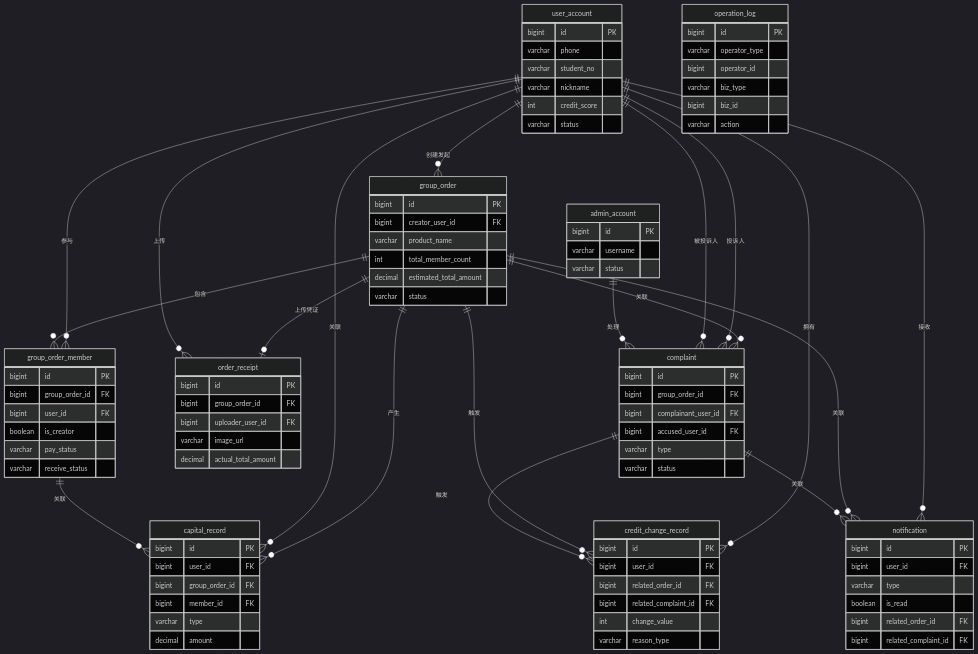
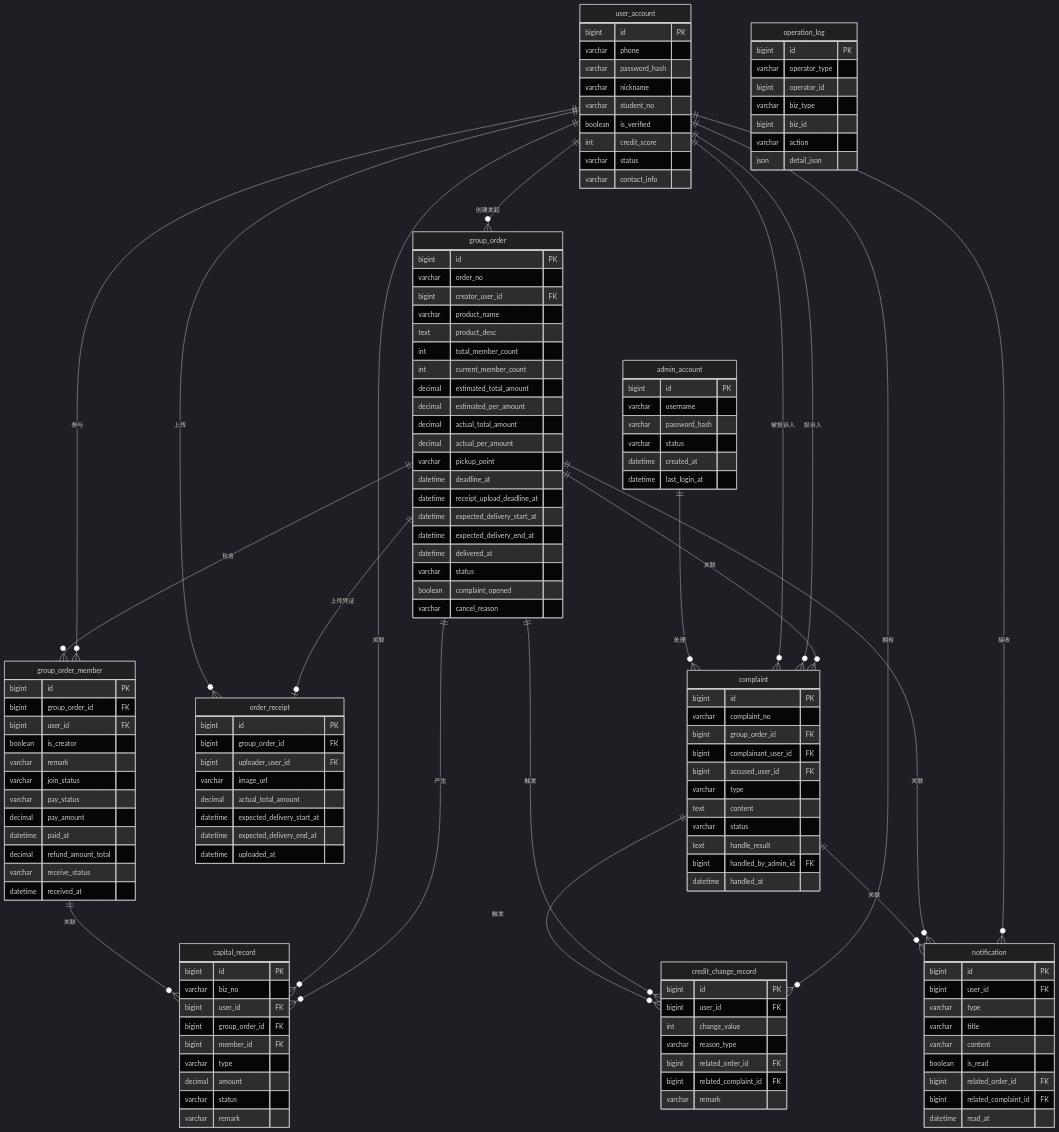
Before and after one commit to Gravity-2333/CampusShareOrder: the diagram in docs/2.数据库ER图.md, drawn with Mermaid (dark theme).

Commit message:
fix: 根据backend.sql实际数据库设计更新ER图字段

```diff
--- a/docs/2.数据库ER图.md
+++ b/docs/2.数据库ER图.md
@@ -3,25 +3,45 @@
     user_account {
         bigint id PK
         varchar phone
+        varchar password_hash
+        varchar nickname
         varchar student_no
-        varchar nickname
+        boolean is_verified
         int credit_score
         varchar status
+        varchar contact_info
     }
 
     admin_account {
         bigint id PK
         varchar username
+        varchar password_hash
         varchar status
+        datetime created_at
+        datetime last_login_at
     }
 
     group_order {
         bigint id PK
+        varchar order_no
         bigint creator_user_id FK
         varchar product_name
+        text product_desc
         int total_member_count
+        int current_member_count
         decimal estimated_total_amount
+        decimal estimated_per_amount
+        decimal actual_total_amount
+        decimal actual_per_amount
+        varchar pickup_point
+        datetime deadline_at
+        datetime receipt_upload_deadline_at
+        datetime expected_delivery_start_at
+        datetime expected_delivery_end_at
+        datetime delivered_at
         varchar status
+        boolean complaint_opened
+        varchar cancel_reason
     }
 
     group_order_member {
@@ -29,8 +49,14 @@
         bigint group_order_id FK
         bigint user_id FK
         boolean is_creator
+        varchar remark
+        varchar join_status
         varchar pay_status
+        decimal pay_amount
+        datetime paid_at
+        decimal refund_amount_total
         varchar receive_status
+        datetime received_at
     }
 
     order_receipt {
@@ -39,42 +65,57 @@
         bigint uploader_user_id FK
         varchar image_url
         decimal actual_total_amount
+        datetime expected_delivery_start_at
+        datetime expected_delivery_end_at
+        datetime uploaded_at
     }
 
     complaint {
         bigint id PK
+        varchar complaint_no
         bigint group_order_id FK
         bigint complainant_user_id FK
         bigint accused_user_id FK
         varchar type
+        text content
         varchar status
+        text handle_result
+        bigint handled_by_admin_id FK
+        datetime handled_at
     }
 
     capital_record {
         bigint id PK
+        varchar biz_no
         bigint user_id FK
         bigint group_order_id FK
         bigint member_id FK
         varchar type
         decimal amount
+        varchar status
+        varchar remark
     }
 
     credit_change_record {
         bigint id PK
         bigint user_id FK
+        int change_value
+        varchar reason_type
         bigint related_order_id FK
         bigint related_complaint_id FK
-        int change_value
-        varchar reason_type
+        varchar remark
     }
 
     notification {
         bigint id PK
         bigint user_id FK
         varchar type
+        varchar title
+        varchar content
         boolean is_read
         bigint related_order_id FK
         bigint related_complaint_id FK
+        datetime read_at
     }
 
     operation_log {
@@ -84,6 +125,7 @@
         varchar biz_type
         bigint biz_id
         varchar action
+        json detail_json
     }
 
     user_account ||--o{ group_order : "创建发起"
```
